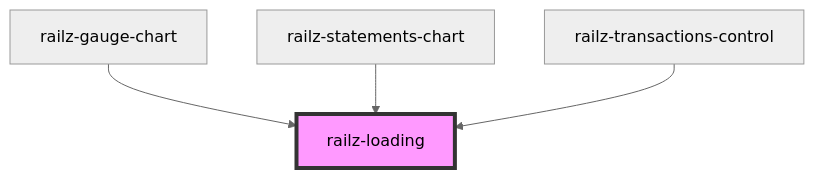
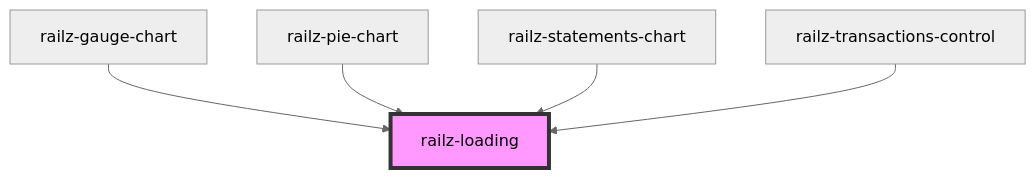
The diagram in packages/components/src/elements/loading/readme.md (railz-ai/railz-visualizations), drawn with Mermaid (neutral theme) before and after one commit. The commit also changed other lines of this file and 26 other files, not shown here.

Commit message:
feat: Adding pie chart

````diff
--- a/packages/components/src/elements/loading/readme.md
+++ b/packages/components/src/elements/loading/readme.md
@@ -23,7 +26,8 @@
 ```mermaid
 graph TD;
   railz-gauge-chart --> railz-loading
+  railz-pie-chart --> railz-loading
   railz-statements-chart --> railz-loading
   railz-transactions-control --> railz-loading
   style railz-loading fill:#f9f,stroke:#333,stroke-width:4px
 ```
````
